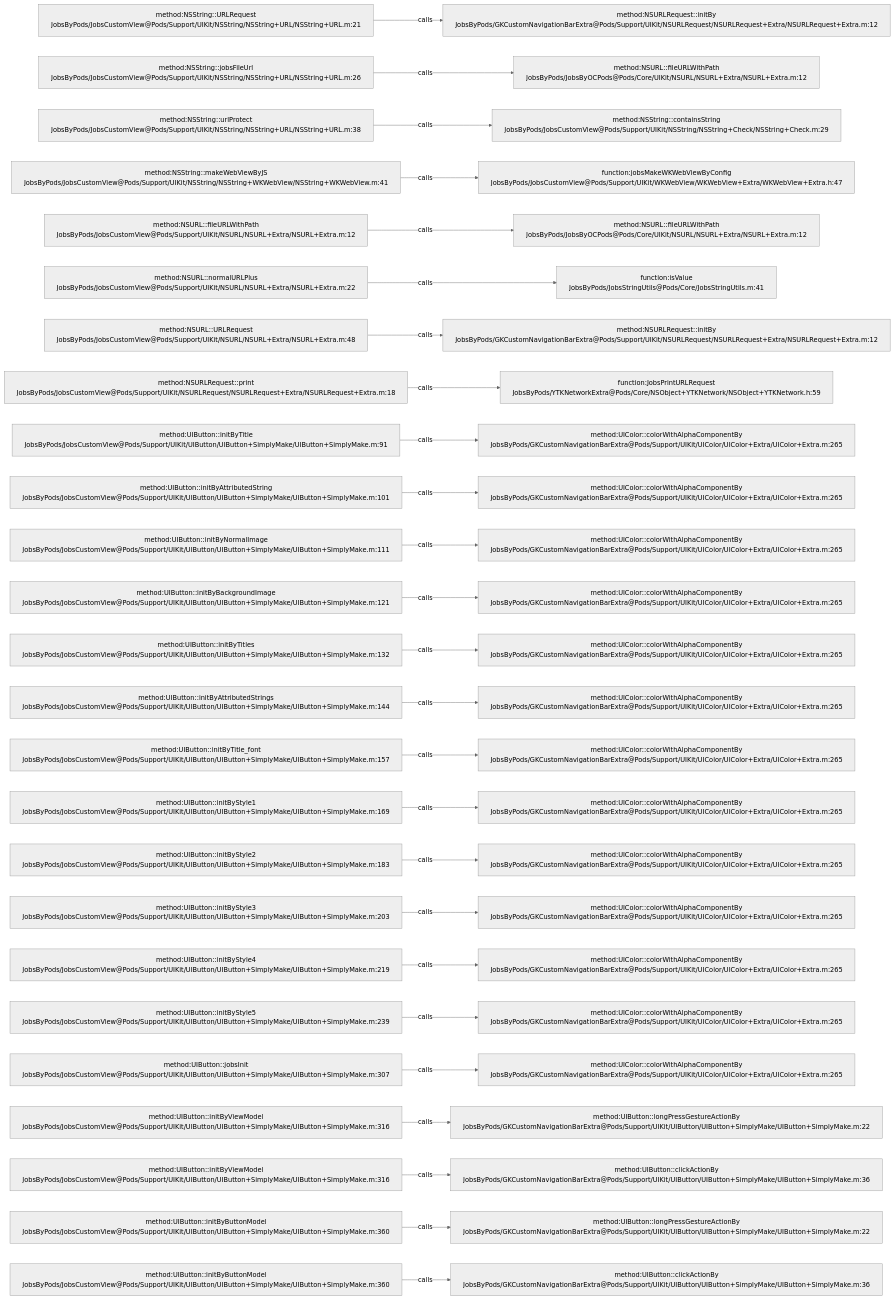
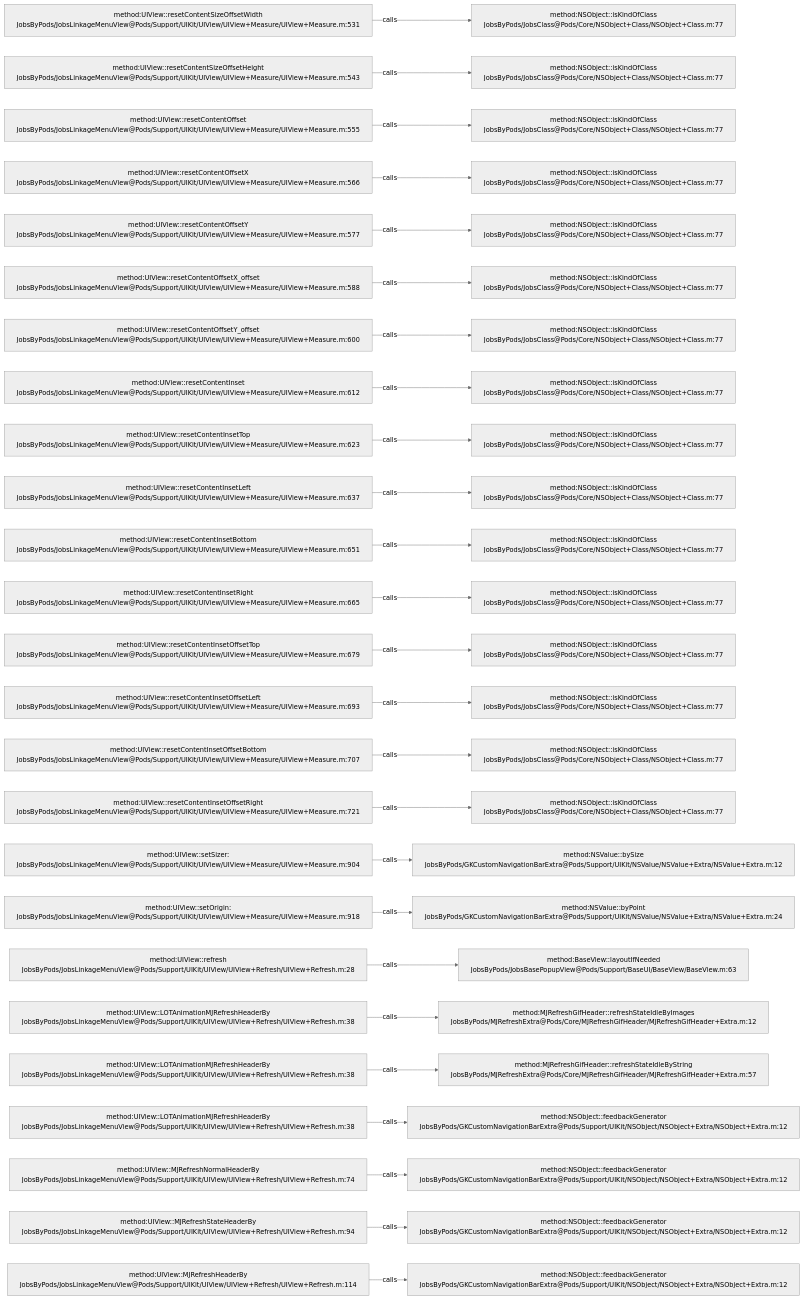
One commit to JobsKits/JobsOCBaseConfigDemo changed the diagram in .codegraph/codegraph.md/graphs/calls-110.md. Above: the diagram before and after it, drawn with Mermaid (neutral theme). The commit also changed 1026 other files, not shown here.

````diff
--- a/.codegraph/codegraph.md/graphs/calls-110.md
+++ b/.codegraph/codegraph.md/graphs/calls-110.md
@@ -13,78 +13,78 @@
 ```mermaid
 flowchart LR
-  S1["method:NSString::URLRequest<br/>JobsByPods/JobsCustomView@Pods/Support/UIKit/NSString/NSString+URL/NSString+URL.m:21"]
-  T1["method:NSURLRequest::initBy<br/>JobsByPods/GKCustomNavigationBarExtra@Pods/Support/UIKit/NSURLRequest/NSURLRequest+Extra/NSURLRequest+Extra.m:12"]
+  S1["method:UIView::resetContentSizeOffsetWidth<br/>JobsByPods/JobsLinkageMenuView@Pods/Support/UIKit/UIView/UIView+Measure/UIView+Measure.m:531"]
+  T1["method:NSObject::isKindOfClass<br/>JobsByPods/JobsClass@Pods/Core/NSObject+Class/NSObject+Class.m:77"]
   S1 -->|calls| T1
-  S2["method:NSString::jobsFileUrl<br/>JobsByPods/JobsCustomView@Pods/Support/UIKit/NSString/NSString+URL/NSString+URL.m:26"]
-  T2["method:NSURL::fileURLWithPath<br/>JobsByPods/JobsByOCPods@Pods/Core/UIKit/NSURL/NSURL+Extra/NSURL+Extra.m:12"]
+  S2["method:UIView::resetContentSizeOffsetHeight<br/>JobsByPods/JobsLinkageMenuView@Pods/Support/UIKit/UIView/UIView+Measure/UIView+Measure.m:543"]
+  T2["method:NSObject::isKindOfClass<br/>JobsByPods/JobsClass@Pods/Core/NSObject+Class/NSObject+Class.m:77"]
   S2 -->|calls| T2
-  S3["method:NSString::urlProtect<br/>JobsByPods/JobsCustomView@Pods/Support/UIKit/NSString/NSString+URL/NSString+URL.m:38"]
-  T3["method:NSString::containsString<br/>JobsByPods/JobsCustomView@Pods/Support/UIKit/NSString/NSString+Check/NSString+Check.m:29"]
+  S3["method:UIView::resetContentOffset<br/>JobsByPods/JobsLinkageMenuView@Pods/Support/UIKit/UIView/UIView+Measure/UIView+Measure.m:555"]
+  T3["method:NSObject::isKindOfClass<br/>JobsByPods/JobsClass@Pods/Core/NSObject+Class/NSObject+Class.m:77"]
   S3 -->|calls| T3
-  S4["method:NSString::makeWebViewByJS<br/>JobsByPods/JobsCustomView@Pods/Support/UIKit/NSString/NSString+WKWebView/NSString+WKWebView.m:41"]
-  T4["function:jobsMakeWKWebViewByConfig<br/>JobsByPods/JobsCustomView@Pods/Support/UIKit/WKWebView/WKWebView+Extra/WKWebView+Extra.h:47"]
+  S4["method:UIView::resetContentOffsetX<br/>JobsByPods/JobsLinkageMenuView@Pods/Support/UIKit/UIView/UIView+Measure/UIView+Measure.m:566"]
+  T4["method:NSObject::isKindOfClass<br/>JobsByPods/JobsClass@Pods/Core/NSObject+Class/NSObject+Class.m:77"]
   S4 -->|calls| T4
-  S5["method:NSURL::fileURLWithPath<br/>JobsByPods/JobsCustomView@Pods/Support/UIKit/NSURL/NSURL+Extra/NSURL+Extra.m:12"]
-  T5["method:NSURL::fileURLWithPath<br/>JobsByPods/JobsByOCPods@Pods/Core/UIKit/NSURL/NSURL+Extra/NSURL+Extra.m:12"]
+  S5["method:UIView::resetContentOffsetY<br/>JobsByPods/JobsLinkageMenuView@Pods/Support/UIKit/UIView/UIView+Measure/UIView+Measure.m:577"]
+  T5["method:NSObject::isKindOfClass<br/>JobsByPods/JobsClass@Pods/Core/NSObject+Class/NSObject+Class.m:77"]
   S5 -->|calls| T5
-  S6["method:NSURL::normalURLPlus<br/>JobsByPods/JobsCustomView@Pods/Support/UIKit/NSURL/NSURL+Extra/NSURL+Extra.m:22"]
-  T6["function:isValue<br/>JobsByPods/JobsStringUtils@Pods/Core/JobsStringUtils.m:41"]
+  S6["method:UIView::resetContentOffsetX_offset<br/>JobsByPods/JobsLinkageMenuView@Pods/Support/UIKit/UIView/UIView+Measure/UIView+Measure.m:588"]
+  T6["method:NSObject::isKindOfClass<br/>JobsByPods/JobsClass@Pods/Core/NSObject+Class/NSObject+Class.m:77"]
   S6 -->|calls| T6
-  S7["method:NSURL::URLRequest<br/>JobsByPods/JobsCustomView@Pods/Support/UIKit/NSURL/NSURL+Extra/NSURL+Extra.m:48"]
-  T7["method:NSURLRequest::initBy<br/>JobsByPods/GKCustomNavigationBarExtra@Pods/Support/UIKit/NSURLRequest/NSURLRequest+Extra/NSURLRequest+Extra.m:12"]
+  S7["method:UIView::resetContentOffsetY_offset<br/>JobsByPods/JobsLinkageMenuView@Pods/Support/UIKit/UIView/UIView+Measure/UIView+Measure.m:600"]
+  T7["method:NSObject::isKindOfClass<br/>JobsByPods/JobsClass@Pods/Core/NSObject+Class/NSObject+Class.m:77"]
   S7 -->|calls| T7
-  S8["method:NSURLRequest::print<br/>JobsByPods/JobsCustomView@Pods/Support/UIKit/NSURLRequest/NSURLRequest+Extra/NSURLRequest+Extra.m:18"]
-  T8["function:JobsPrintURLRequest<br/>JobsByPods/YTKNetworkExtra@Pods/Core/NSObject+YTKNetwork/NSObject+YTKNetwork.h:59"]
+  S8["method:UIView::resetContentInset<br/>JobsByPods/JobsLinkageMenuView@Pods/Support/UIKit/UIView/UIView+Measure/UIView+Measure.m:612"]
+  T8["method:NSObject::isKindOfClass<br/>JobsByPods/JobsClass@Pods/Core/NSObject+Class/NSObject+Class.m:77"]
   S8 -->|calls| T8
-  S9["method:UIButton::initByTitle<br/>JobsByPods/JobsCustomView@Pods/Support/UIKit/UIButton/UIButton+SimplyMake/UIButton+SimplyMake.m:91"]
-  T9["method:UIColor::colorWithAlphaComponentBy<br/>JobsByPods/GKCustomNavigationBarExtra@Pods/Support/UIKit/UIColor/UIColor+Extra/UIColor+Extra.m:265"]
+  S9["method:UIView::resetContentInsetTop<br/>JobsByPods/JobsLinkageMenuView@Pods/Support/UIKit/UIView/UIView+Measure/UIView+Measure.m:623"]
+  T9["method:NSObject::isKindOfClass<br/>JobsByPods/JobsClass@Pods/Core/NSObject+Class/NSObject+Class.m:77"]
   S9 -->|calls| T9
-  S10["method:UIButton::initByAttributedString<br/>JobsByPods/JobsCustomView@Pods/Support/UIKit/UIButton/UIButton+SimplyMake/UIButton+SimplyMake.m:101"]
-  T10["method:UIColor::colorWithAlphaComponentBy<br/>JobsByPods/GKCustomNavigationBarExtra@Pods/Support/UIKit/UIColor/UIColor+Extra/UIColor+Extra.m:265"]
+  S10["method:UIView::resetContentInsetLeft<br/>JobsByPods/JobsLinkageMenuView@Pods/Support/UIKit/UIView/UIView+Measure/UIView+Measure.m:637"]
+  T10["method:NSObject::isKindOfClass<br/>JobsByPods/JobsClass@Pods/Core/NSObject+Class/NSObject+Class.m:77"]
   S10 -->|calls| T10
-  S11["method:UIButton::initByNormalImage<br/>JobsByPods/JobsCustomView@Pods/Support/UIKit/UIButton/UIButton+SimplyMake/UIButton+SimplyMake.m:111"]
-  T11["method:UIColor::colorWithAlphaComponentBy<br/>JobsByPods/GKCustomNavigationBarExtra@Pods/Support/UIKit/UIColor/UIColor+Extra/UIColor+Extra.m:265"]
+  S11["method:UIView::resetContentInsetBottom<br/>JobsByPods/JobsLinkageMenuView@Pods/Support/UIKit/UIView/UIView+Measure/UIView+Measure.m:651"]
+  T11["method:NSObject::isKindOfClass<br/>JobsByPods/JobsClass@Pods/Core/NSObject+Class/NSObject+Class.m:77"]
   S11 -->|calls| T11
-  S12["method:UIButton::initByBackgroundImage<br/>JobsByPods/JobsCustomView@Pods/Support/UIKit/UIButton/UIButton+SimplyMake/UIButton+SimplyMake.m:121"]
-  T12["method:UIColor::colorWithAlphaComponentBy<br/>JobsByPods/GKCustomNavigationBarExtra@Pods/Support/UIKit/UIColor/UIColor+Extra/UIColor+Extra.m:265"]
+  S12["method:UIView::resetContentInsetRight<br/>JobsByPods/JobsLinkageMenuView@Pods/Support/UIKit/UIView/UIView+Measure/UIView+Measure.m:665"]
+  T12["method:NSObject::isKindOfClass<br/>JobsByPods/JobsClass@Pods/Core/NSObject+Class/NSObject+Class.m:77"]
   S12 -->|calls| T12
-  S13["method:UIButton::initByTitles<br/>JobsByPods/JobsCustomView@Pods/Support/UIKit/UIButton/UIButton+SimplyMake/UIButton+SimplyMake.m:132"]
-  T13["method:UIColor::colorWithAlphaComponentBy<br/>JobsByPods/GKCustomNavigationBarExtra@Pods/Support/UIKit/UIColor/UIColor+Extra/UIColor+Extra.m:265"]
+  S13["method:UIView::resetContentInsetOffsetTop<br/>JobsByPods/JobsLinkageMenuView@Pods/Support/UIKit/UIView/UIView+Measure/UIView+Measure.m:679"]
+  T13["method:NSObject::isKindOfClass<br/>JobsByPods/JobsClass@Pods/Core/NSObject+Class/NSObject+Class.m:77"]
   S13 -->|calls| T13
-  S14["method:UIButton::initByAttributedStrings<br/>JobsByPods/JobsCustomView@Pods/Support/UIKit/UIButton/UIButton+SimplyMake/UIButton+SimplyMake.m:144"]
-  T14["method:UIColor::colorWithAlphaComponentBy<br/>JobsByPods/GKCustomNavigationBarExtra@Pods/Support/UIKit/UIColor/UIColor+Extra/UIColor+Extra.m:265"]
+  S14["method:UIView::resetContentInsetOffsetLeft<br/>JobsByPods/JobsLinkageMenuView@Pods/Support/UIKit/UIView/UIView+Measure/UIView+Measure.m:693"]
+  T14["method:NSObject::isKindOfClass<br/>JobsByPods/JobsClass@Pods/Core/NSObject+Class/NSObject+Class.m:77"]
   S14 -->|calls| T14
-  S15["method:UIButton::initByTitle_font<br/>JobsByPods/JobsCustomView@Pods/Support/UIKit/UIButton/UIButton+SimplyMake/UIButton+SimplyMake.m:157"]
-  T15["method:UIColor::colorWithAlphaComponentBy<br/>JobsByPods/GKCustomNavigationBarExtra@Pods/Support/UIKit/UIColor/UIColor+Extra/UIColor+Extra.m:265"]
+  S15["method:UIView::resetContentInsetOffsetBottom<br/>JobsByPods/JobsLinkageMenuView@Pods/Support/UIKit/UIView/UIView+Measure/UIView+Measure.m:707"]
+  T15["method:NSObject::isKindOfClass<br/>JobsByPods/JobsClass@Pods/Core/NSObject+Class/NSObject+Class.m:77"]
   S15 -->|calls| T15
-  S16["method:UIButton::initByStyle1<br/>JobsByPods/JobsCustomView@Pods/Support/UIKit/UIButton/UIButton+SimplyMake/UIButton+SimplyMake.m:169"]
-  T16["method:UIColor::colorWithAlphaComponentBy<br/>JobsByPods/GKCustomNavigationBarExtra@Pods/Support/UIKit/UIColor/UIColor+Extra/UIColor+Extra.m:265"]
+  S16["method:UIView::resetContentInsetOffsetRight<br/>JobsByPods/JobsLinkageMenuView@Pods/Support/UIKit/UIView/UIView+Measure/UIView+Measure.m:721"]
+  T16["method:NSObject::isKindOfClass<br/>JobsByPods/JobsClass@Pods/Core/NSObject+Class/NSObject+Class.m:77"]
   S16 -->|calls| T16
-  S17["method:UIButton::initByStyle2<br/>JobsByPods/JobsCustomView@Pods/Support/UIKit/UIButton/UIButton+SimplyMake/UIButton+SimplyMake.m:183"]
-  T17["method:UIColor::colorWithAlphaComponentBy<br/>JobsByPods/GKCustomNavigationBarExtra@Pods/Support/UIKit/UIColor/UIColor+Extra/UIColor+Extra.m:265"]
+  S17["method:UIView::setSizer:<br/>JobsByPods/JobsLinkageMenuView@Pods/Support/UIKit/UIView/UIView+Measure/UIView+Measure.m:904"]
+  T17["method:NSValue::bySize<br/>JobsByPods/GKCustomNavigationBarExtra@Pods/Support/UIKit/NSValue/NSValue+Extra/NSValue+Extra.m:12"]
   S17 -->|calls| T17
-  S18["method:UIButton::initByStyle3<br/>JobsByPods/JobsCustomView@Pods/Support/UIKit/UIButton/UIButton+SimplyMake/UIButton+SimplyMake.m:203"]
-  T18["method:UIColor::colorWithAlphaComponentBy<br/>JobsByPods/GKCustomNavigationBarExtra@Pods/Support/UIKit/UIColor/UIColor+Extra/UIColor+Extra.m:265"]
+  S18["method:UIView::setOrigin:<br/>JobsByPods/JobsLinkageMenuView@Pods/Support/UIKit/UIView/UIView+Measure/UIView+Measure.m:918"]
+  T18["method:NSValue::byPoint<br/>JobsByPods/GKCustomNavigationBarExtra@Pods/Support/UIKit/NSValue/NSValue+Extra/NSValue+Extra.m:24"]
   S18 -->|calls| T18
-  S19["method:UIButton::initByStyle4<br/>JobsByPods/JobsCustomView@Pods/Support/UIKit/UIButton/UIButton+SimplyMake/UIButton+SimplyMake.m:219"]
-  T19["method:UIColor::colorWithAlphaComponentBy<br/>JobsByPods/GKCustomNavigationBarExtra@Pods/Support/UIKit/UIColor/UIColor+Extra/UIColor+Extra.m:265"]
+  S19["method:UIView::refresh<br/>JobsByPods/JobsLinkageMenuView@Pods/Support/UIKit/UIView/UIView+Refresh/UIView+Refresh.m:28"]
+  T19["method:BaseView::layoutIfNeeded<br/>JobsByPods/JobsBasePopupView@Pods/Support/BaseUI/BaseView/BaseView.m:63"]
   S19 -->|calls| T19
-  S20["method:UIButton::initByStyle5<br/>JobsByPods/JobsCustomView@Pods/Support/UIKit/UIButton/UIButton+SimplyMake/UIButton+SimplyMake.m:239"]
-  T20["method:UIColor::colorWithAlphaComponentBy<br/>JobsByPods/GKCustomNavigationBarExtra@Pods/Support/UIKit/UIColor/UIColor+Extra/UIColor+Extra.m:265"]
+  S20["method:UIView::LOTAnimationMJRefreshHeaderBy<br/>JobsByPods/JobsLinkageMenuView@Pods/Support/UIKit/UIView/UIView+Refresh/UIView+Refresh.m:38"]
+  T20["method:MJRefreshGifHeader::refreshStateIdleByImages<br/>JobsByPods/MJRefreshExtra@Pods/Core/MJRefreshGifHeader/MJRefreshGifHeader+Extra.m:12"]
   S20 -->|calls| T20
-  S21["method:UIButton::jobsInit<br/>JobsByPods/JobsCustomView@Pods/Support/UIKit/UIButton/UIButton+SimplyMake/UIButton+SimplyMake.m:307"]
-  T21["method:UIColor::colorWithAlphaComponentBy<br/>JobsByPods/GKCustomNavigationBarExtra@Pods/Support/UIKit/UIColor/UIColor+Extra/UIColor+Extra.m:265"]
+  S21["method:UIView::LOTAnimationMJRefreshHeaderBy<br/>JobsByPods/JobsLinkageMenuView@Pods/Support/UIKit/UIView/UIView+Refresh/UIView+Refresh.m:38"]
+  T21["method:MJRefreshGifHeader::refreshStateIdleByString<br/>JobsByPods/MJRefreshExtra@Pods/Core/MJRefreshGifHeader/MJRefreshGifHeader+Extra.m:57"]
   S21 -->|calls| T21
-  S22["method:UIButton::initByViewModel<br/>JobsByPods/JobsCustomView@Pods/Support/UIKit/UIButton/UIButton+SimplyMake/UIButton+SimplyMake.m:316"]
-  T22["method:UIButton::longPressGestureActionBy<br/>JobsByPods/GKCustomNavigationBarExtra@Pods/Support/UIKit/UIButton/UIButton+SimplyMake/UIButton+SimplyMake.m:22"]
+  S22["method:UIView::LOTAnimationMJRefreshHeaderBy<br/>JobsByPods/JobsLinkageMenuView@Pods/Support/UIKit/UIView/UIView+Refresh/UIView+Refresh.m:38"]
+  T22["method:NSObject::feedbackGenerator<br/>JobsByPods/GKCustomNavigationBarExtra@Pods/Support/UIKit/NSObject/NSObject+Extra/NSObject+Extra.m:12"]
   S22 -->|calls| T22
-  S23["method:UIButton::initByViewModel<br/>JobsByPods/JobsCustomView@Pods/Support/UIKit/UIButton/UIButton+SimplyMake/UIButton+SimplyMake.m:316"]
-  T23["method:UIButton::clickActionBy<br/>JobsByPods/GKCustomNavigationBarExtra@Pods/Support/UIKit/UIButton/UIButton+SimplyMake/UIButton+SimplyMake.m:36"]
+  S23["method:UIView::MJRefreshNormalHeaderBy<br/>JobsByPods/JobsLinkageMenuView@Pods/Support/UIKit/UIView/UIView+Refresh/UIView+Refresh.m:74"]
+  T23["method:NSObject::feedbackGenerator<br/>JobsByPods/GKCustomNavigationBarExtra@Pods/Support/UIKit/NSObject/NSObject+Extra/NSObject+Extra.m:12"]
   S23 -->|calls| T23
-  S24["method:UIButton::initByButtonModel<br/>JobsByPods/JobsCustomView@Pods/Support/UIKit/UIButton/UIButton+SimplyMake/UIButton+SimplyMake.m:360"]
-  T24["method:UIButton::longPressGestureActionBy<br/>JobsByPods/GKCustomNavigationBarExtra@Pods/Support/UIKit/UIButton/UIButton+SimplyMake/UIButton+SimplyMake.m:22"]
+  S24["method:UIView::MJRefreshStateHeaderBy<br/>JobsByPods/JobsLinkageMenuView@Pods/Support/UIKit/UIView/UIView+Refresh/UIView+Refresh.m:94"]
+  T24["method:NSObject::feedbackGenerator<br/>JobsByPods/GKCustomNavigationBarExtra@Pods/Support/UIKit/NSObject/NSObject+Extra/NSObject+Extra.m:12"]
   S24 -->|calls| T24
-  S25["method:UIButton::initByButtonModel<br/>JobsByPods/JobsCustomView@Pods/Support/UIKit/UIButton/UIButton+SimplyMake/UIButton+SimplyMake.m:360"]
-  T25["method:UIButton::clickActionBy<br/>JobsByPods/GKCustomNavigationBarExtra@Pods/Support/UIKit/UIButton/UIButton+SimplyMake/UIButton+SimplyMake.m:36"]
+  S25["method:UIView::MJRefreshHeaderBy<br/>JobsByPods/JobsLinkageMenuView@Pods/Support/UIKit/UIView/UIView+Refresh/UIView+Refresh.m:114"]
+  T25["method:NSObject::feedbackGenerator<br/>JobsByPods/GKCustomNavigationBarExtra@Pods/Support/UIKit/NSObject/NSObject+Extra/NSObject+Extra.m:12"]
   S25 -->|calls| T25
 ```
````
